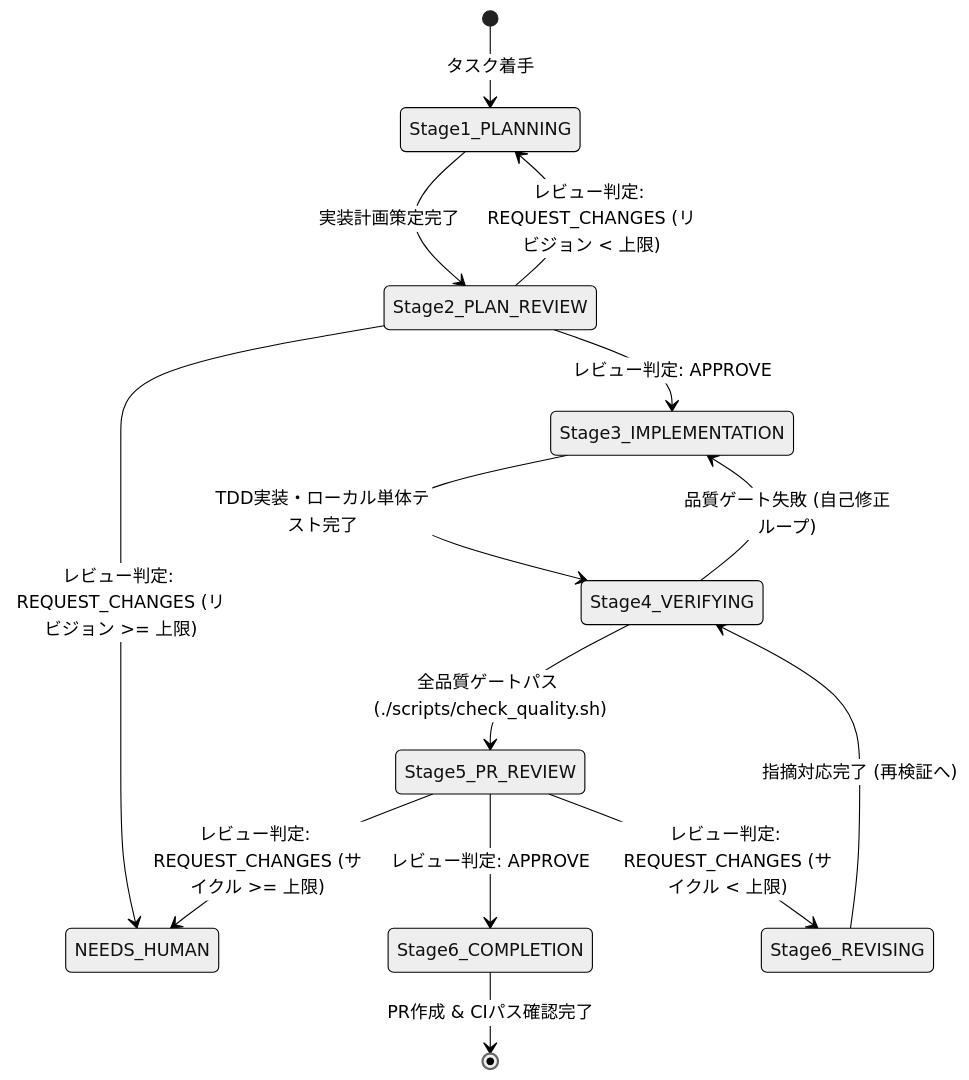
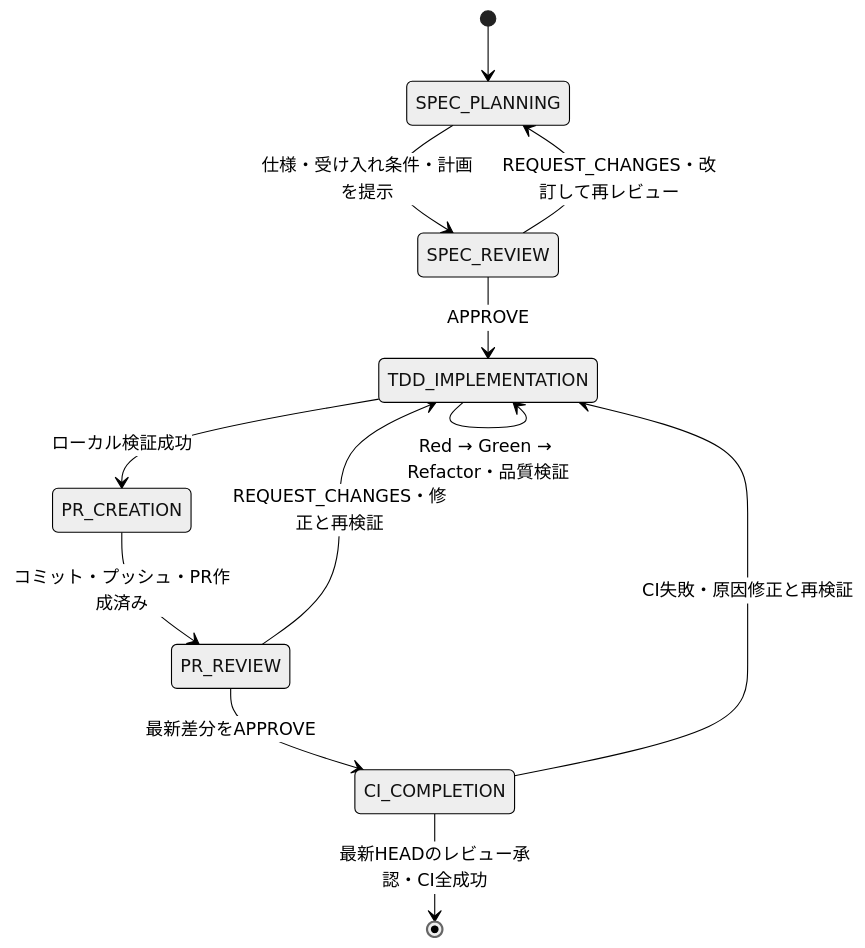
One commit to takurot/Pyrope changed the diagram in prompt/PROMPT.md. Above: the diagram before and after it, drawn with Mermaid (neutral theme). The commit also changed other lines of this file, not shown here.

Commit message:
docs: clarify implementation review and CI workflow (#98)

````diff
--- a/prompt/PROMPT.md
+++ b/prompt/PROMPT.md
@@ -37,16 +42,14 @@
 ```mermaid
 stateDiagram-v2
-    [*] --> Stage1_PLANNING: タスク着手
-    Stage1_PLANNING --> Stage2_PLAN_REVIEW: 実装計画策定完了
-    Stage2_PLAN_REVIEW --> Stage3_IMPLEMENTATION: レビュー判定: APPROVE
-    Stage2_PLAN_REVIEW --> Stage1_PLANNING: レビュー判定: REQUEST_CHANGES (リビジョン < 上限)
-    Stage2_PLAN_REVIEW --> NEEDS_HUMAN: レビュー判定: REQUEST_CHANGES (リビジョン >= 上限)
-    Stage3_IMPLEMENTATION --> Stage4_VERIFYING: TDD実装・ローカル単体テスト完了
-    Stage4_VERIFYING --> Stage5_PR_REVIEW: 全品質ゲートパス (./scripts/check_quality.sh)
-    Stage4_VERIFYING --> Stage3_IMPLEMENTATION: 品質ゲート失敗 (自己修正ループ)
-    Stage5_PR_REVIEW --> Stage6_COMPLETION: レビュー判定: APPROVE
-    Stage5_PR_REVIEW --> Stage6_REVISING: レビュー判定: REQUEST_CHANGES (サイクル < 上限)
-    Stage5_PR_REVIEW --> NEEDS_HUMAN: レビュー判定: REQUEST_CHANGES (サイクル >= 上限)
-    Stage6_REVISING --> Stage4_VERIFYING: 指摘対応完了 (再検証へ)
-    Stage6_COMPLETION --> [*]: PR作成 & CIパス確認完了
+    [*] --> SPEC_PLANNING
+    SPEC_PLANNING --> SPEC_REVIEW: 仕様・受け入れ条件・計画を提示
+    SPEC_REVIEW --> SPEC_PLANNING: REQUEST_CHANGES・改訂して再レビュー
+    SPEC_REVIEW --> TDD_IMPLEMENTATION: APPROVE
+    TDD_IMPLEMENTATION --> TDD_IMPLEMENTATION: Red → Green → Refactor・品質検証
+    TDD_IMPLEMENTATION --> PR_CREATION: ローカル検証成功
+    PR_CREATION --> PR_REVIEW: コミット・プッシュ・PR作成済み
+    PR_REVIEW --> TDD_IMPLEMENTATION: REQUEST_CHANGES・修正と再検証
+    PR_REVIEW --> CI_COMPLETION: 最新差分をAPPROVE
+    CI_COMPLETION --> TDD_IMPLEMENTATION: CI失敗・原因修正と再検証
+    CI_COMPLETION --> [*]: 最新HEADのレビュー承認・CI全成功
 ```
````
